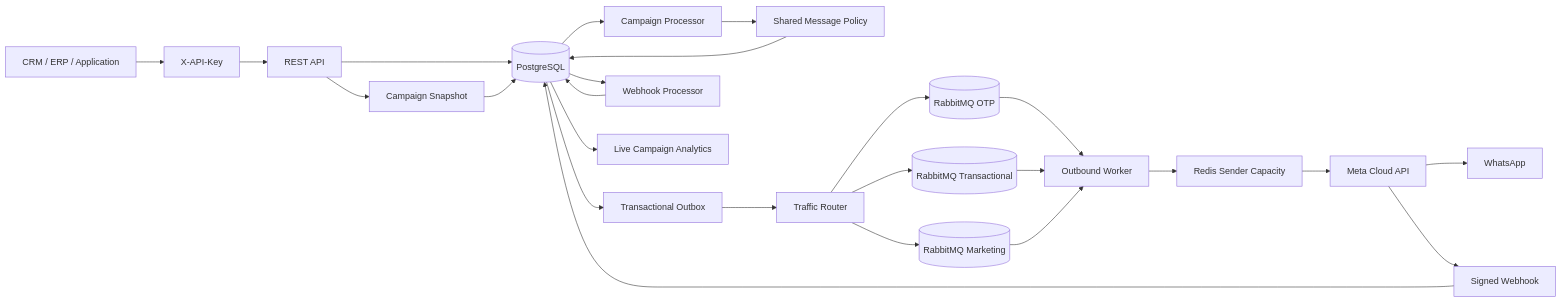
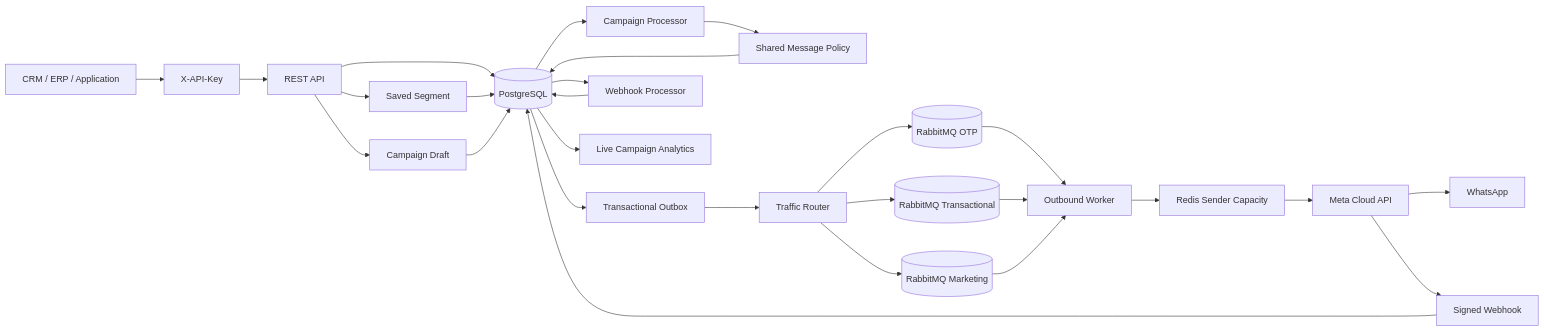
One commit to netctc/apiWhatsApp changed the diagram in README.md. Above: the diagram before and after it, drawn with Mermaid. The commit also changed other lines of this file, not shown here.

````diff
--- a/README.md
+++ b/README.md
@@ -34,27 +35,29 @@
 ```mermaid
 flowchart LR
     Client[CRM / ERP / Application] --> Auth[X-API-Key]
     Auth --> API[REST API]
     API --> DB[(PostgreSQL)]
-    API --> Campaign[Campaign Snapshot]
+    API --> Segment[Saved Segment]
+    Segment --> DB
+    API --> Campaign[Campaign Draft]
     Campaign --> DB
     DB --> CampaignProcessor[Campaign Processor]
     CampaignProcessor --> Policy[Shared Message Policy]
     Policy --> DB
     DB --> Outbox[Transactional Outbox]
     Outbox --> Router[Traffic Router]
     Router --> OTP[(RabbitMQ OTP)]
     Router --> TX[(RabbitMQ Transactional)]
     Router --> MKT[(RabbitMQ Marketing)]
     OTP --> Worker[Outbound Worker]
     TX --> Worker
     MKT --> Worker
     Worker --> Rate[Redis Sender Capacity]
     Rate --> Meta[Meta Cloud API]
     Meta --> WhatsApp[WhatsApp]
     Meta --> Webhook[Signed Webhook]
     Webhook --> DB
     DB --> WebhookProcessor[Webhook Processor]
     WebhookProcessor --> DB
     DB --> Analytics[Live Campaign Analytics]
 ```
````
